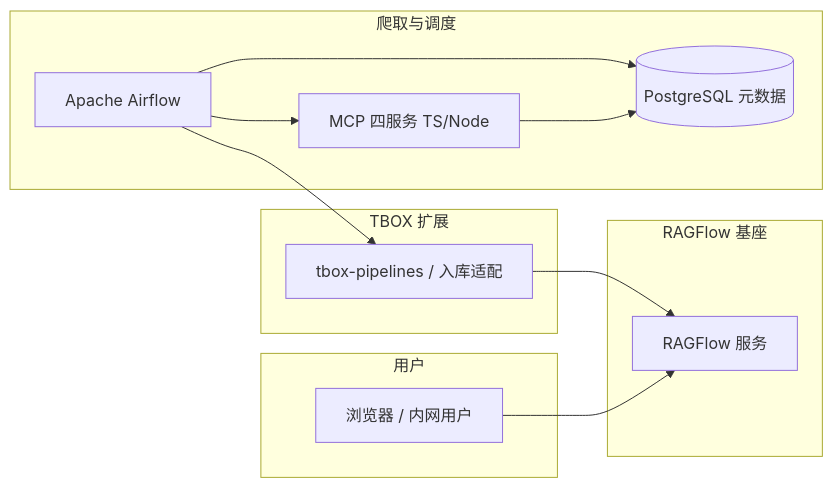
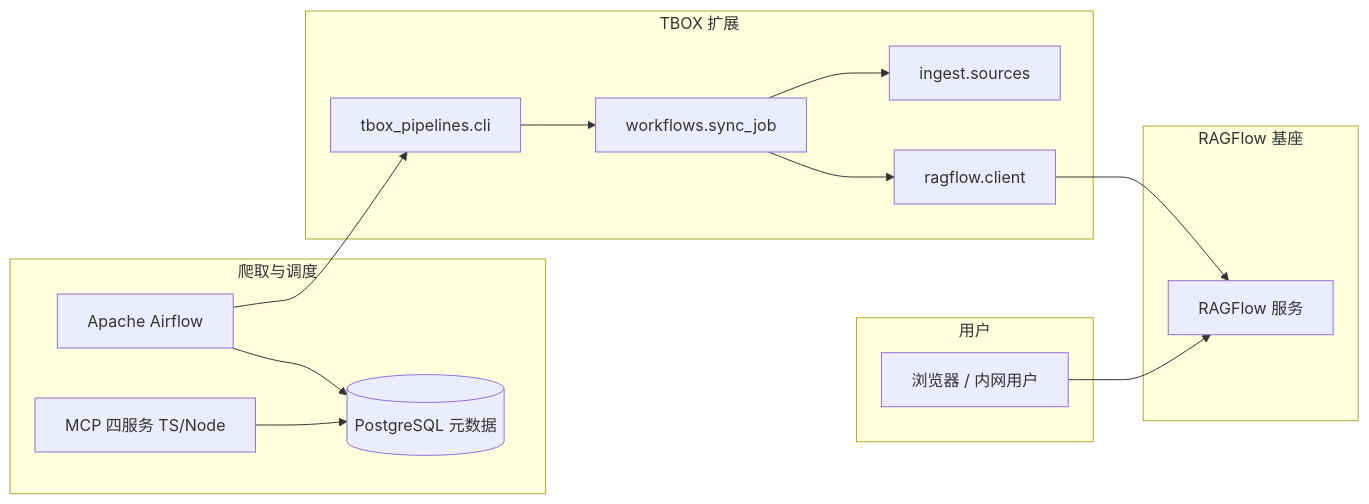
One commit to coolge101/tbox-ragflow changed the diagram in docs/02-architecture-outline.md. Above: the diagram before and after it, drawn with Mermaid. The commit also changed other lines of this file and 15 other files, not shown here.

````diff
--- a/docs/02-architecture-outline.md
+++ b/docs/02-architecture-outline.md
@@ -8,23 +8,29 @@
 ```mermaid
 flowchart LR
   subgraph users[用户]
     U[浏览器 / 内网用户]
   end
   subgraph ragflow[RAGFlow 基座]
     RF[RAGFlow 服务]
   end
   subgraph crawl[爬取与调度]
     MCP[MCP 四服务 TS/Node]
     AF[Apache Airflow]
     PG[(PostgreSQL 元数据)]
   end
   subgraph tbox[TBOX 扩展]
-    PL[tbox-pipelines / 入库适配]
+    CLI[tbox_pipelines.cli]
+    SRC[ingest.sources]
+    WF[workflows.sync_job]
+    RC[ragflow.client]
   end
+
   U --> RF
-  AF --> MCP
-  AF --> PL
-  PL --> RF
+  AF --> CLI
+  CLI --> WF
+  WF --> SRC
+  WF --> RC
+  RC --> RF
   MCP --> PG
   AF --> PG
 ```
````
